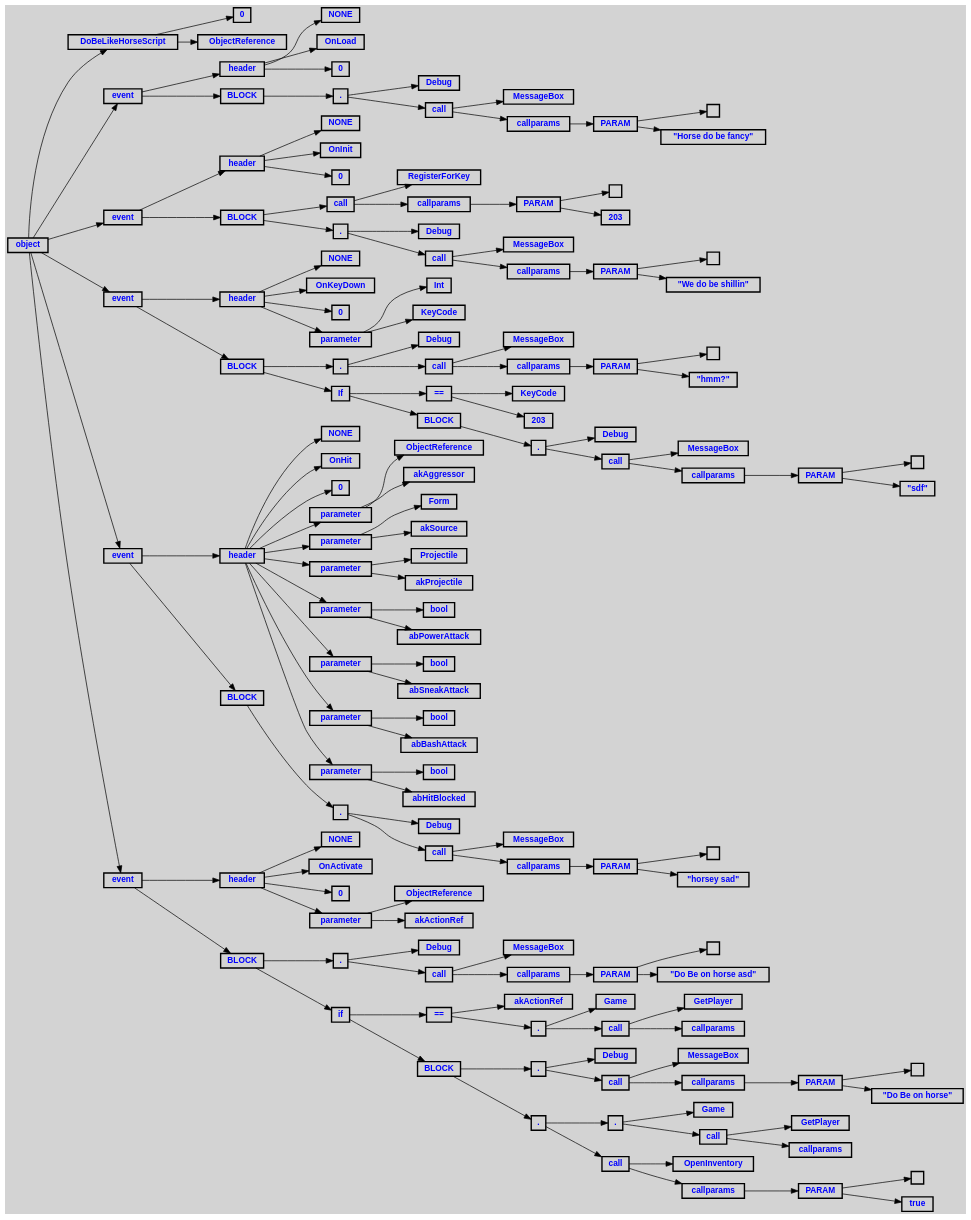
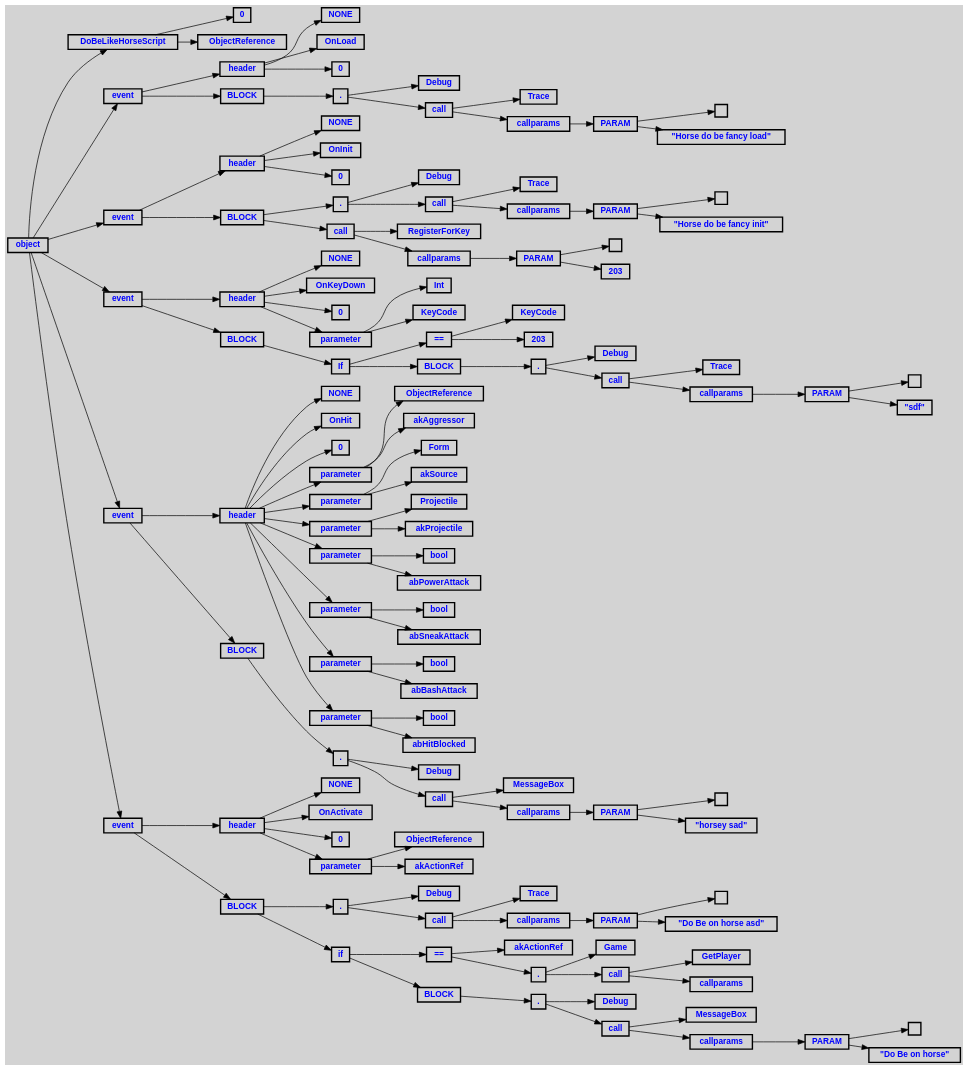
Before and after one commit to WladHD/CommonLibSSE-Sandbox: the diagram in DoBeLikeHorseScript.preTypeCheck.dot, drawn with Graphviz. The commit also changed 22 other files, not shown here.

Commit message:
Loading without Quest success -> ScriptName DoBeLikeHorseScript extends ObjectReference fails, OnHit doesnt trigger etc.

```diff
--- a/DoBeLikeHorseScript.preTypeCheck.dot
+++ b/DoBeLikeHorseScript.preTypeCheck.dot
@@ -24,13 +24,13 @@
  n11 [label="Debug"];
  n12 [label="call"];
  n12 [label="call"];
- n13 [label="MessageBox"];
+ n13 [label="Trace"];
  n14 [label="callparams"];
  n14 [label="callparams"];
  n15 [label="PARAM"];
  n15 [label="PARAM"];
  n16 [label=""];
- n17 [label="\"Horse do be fancy\""];
+ n17 [label="\"Horse do be fancy load\""];
  n18 [label="event"];
  n18 [label="event"];
  n19 [label="header"];
@@ -40,27 +40,27 @@
  n22 [label="0"];
  n23 [label="BLOCK"];
  n23 [label="BLOCK"];
- n24 [label="call"];
- n24 [label="call"];
- n25 [label="RegisterForKey"];
- n26 [label="callparams"];
- n26 [label="callparams"];
- n27 [label="PARAM"];
- n27 [label="PARAM"];
- n28 [label=""];
- n29 [label="203"];
- n30 [label="."];
- n30 [label="."];
- n31 [label="Debug"];
+ n24 [label="."];
+ n24 [label="."];
+ n25 [label="Debug"];
+ n26 [label="call"];
+ n26 [label="call"];
+ n27 [label="Trace"];
+ n28 [label="callparams"];
+ n28 [label="callparams"];
+ n29 [label="PARAM"];
+ n29 [label="PARAM"];
+ n30 [label=""];
+ n31 [label="\"Horse do be fancy init\""];
  n32 [label="call"];
  n32 [label="call"];
- n33 [label="MessageBox"];
+ n33 [label="RegisterForKey"];
  n34 [label="callparams"];
  n34 [label="callparams"];
  n35 [label="PARAM"];
  n35 [label="PARAM"];
  n36 [label=""];
- n37 [label="\"We do be shillin\""];
+ n37 [label="203"];
  n38 [label="event"];
  n38 [label="event"];
  n39 [label="header"];
@@ -74,156 +74,126 @@
  n45 [label="KeyCode"];
  n46 [label="BLOCK"];
  n46 [label="BLOCK"];
- n47 [label="."];
- n47 [label="."];
- n48 [label="Debug"];
- n49 [label="call"];
- n49 [label="call"];
- n50 [label="MessageBox"];
- n51 [label="callparams"];
- n51 [label="callparams"];
- n52 [label="PARAM"];
- n52 [label="PARAM"];
- n53 [label=""];
- n54 [label="\"hmm?\""];
- n55 [label="If"];
- n55 [label="If"];
- n56 [label="=="];
- n56 [label="=="];
- n57 [label="KeyCode"];
- n58 [label="203"];
- n59 [label="BLOCK"];
- n59 [label="BLOCK"];
- n60 [label="."];
- n60 [label="."];
- n61 [label="Debug"];
- n62 [label="call"];
- n62 [label="call"];
- n63 [label="MessageBox"];
- n64 [label="callparams"];
- n64 [label="callparams"];
- n65 [label="PARAM"];
- n65 [label="PARAM"];
- n66 [label=""];
- n67 [label="\"sdf\""];
- n68 [label="event"];
- n68 [label="event"];
- n69 [label="header"];
- n69 [label="header"];
- n70 [label="NONE"];
- n71 [label="OnHit"];
- n72 [label="0"];
- n73 [label="parameter"];
- n73 [label="parameter"];
- n74 [label="ObjectReference"];
- n75 [label="akAggressor"];
- n76 [label="parameter"];
- n76 [label="parameter"];
- n77 [label="Form"];
- n78 [label="akSource"];
- n79 [label="parameter"];
- n79 [label="parameter"];
- n80 [label="Projectile"];
- n81 [label="akProjectile"];
- n82 [label="parameter"];
- n82 [label="parameter"];
- n83 [label="bool"];
- n84 [label="abPowerAttack"];
- n85 [label="parameter"];
- n85 [label="parameter"];
- n86 [label="bool"];
- n87 [label="abSneakAttack"];
- n88 [label="parameter"];
- n88 [label="parameter"];
- n89 [label="bool"];
- n90 [label="abBashAttack"];
- n91 [label="parameter"];
- n91 [label="parameter"];
- n92 [label="bool"];
- n93 [label="abHitBlocked"];
- n94 [label="BLOCK"];
- n94 [label="BLOCK"];
- n95 [label="."];
- n95 [label="."];
- n96 [label="Debug"];
- n97 [label="call"];
- n97 [label="call"];
- n98 [label="MessageBox"];
- n99 [label="callparams"];
- n99 [label="callparams"];
- n100 [label="PARAM"];
- n100 [label="PARAM"];
- n101 [label=""];
- n102 [label="\"horsey sad\""];
- n103 [label="event"];
- n103 [label="event"];
- n104 [label="header"];
- n104 [label="header"];
- n105 [label="NONE"];
- n106 [label="OnActivate"];
- n107 [label="0"];
- n108 [label="parameter"];
- n108 [label="parameter"];
- n109 [label="ObjectReference"];
- n110 [label="akActionRef"];
- n111 [label="BLOCK"];
- n111 [label="BLOCK"];
- n112 [label="."];
- n112 [label="."];
- n113 [label="Debug"];
- n114 [label="call"];
- n114 [label="call"];
- n115 [label="MessageBox"];
- n116 [label="callparams"];
- n116 [label="callparams"];
- n117 [label="PARAM"];
- n117 [label="PARAM"];
- n118 [label=""];
- n119 [label="\"Do Be on horse asd\""];
- n120 [label="if"];
- n120 [label="if"];
- n121 [label="=="];
- n121 [label="=="];
- n122 [label="akActionRef"];
- n123 [label="."];
- n123 [label="."];
- n124 [label="Game"];
- n125 [label="call"];
- n125 [label="call"];
- n126 [label="GetPlayer"];
- n127 [label="callparams"];
- n128 [label="BLOCK"];
- n128 [label="BLOCK"];
- n129 [label="."];
- n129 [label="."];
- n130 [label="Debug"];
- n131 [label="call"];
- n131 [label="call"];
- n132 [label="MessageBox"];
- n133 [label="callparams"];
- n133 [label="callparams"];
- n134 [label="PARAM"];
- n134 [label="PARAM"];
- n135 [label=""];
- n136 [label="\"Do Be on horse\""];
- n137 [label="."];
- n137 [label="."];
- n138 [label="."];
- n138 [label="."];
- n139 [label="Game"];
- n140 [label="call"];
- n140 [label="call"];
- n141 [label="GetPlayer"];
- n142 [label="callparams"];
- n143 [label="call"];
- n143 [label="call"];
- n144 [label="OpenInventory"];
- n145 [label="callparams"];
- n145 [label="callparams"];
- n146 [label="PARAM"];
- n146 [label="PARAM"];
- n147 [label=""];
- n148 [label="true"];
+ n47 [label="If"];
+ n47 [label="If"];
+ n48 [label="=="];
+ n48 [label="=="];
+ n49 [label="KeyCode"];
+ n50 [label="203"];
+ n51 [label="BLOCK"];
+ n51 [label="BLOCK"];
+ n52 [label="."];
+ n52 [label="."];
+ n53 [label="Debug"];
+ n54 [label="call"];
+ n54 [label="call"];
+ n55 [label="Trace"];
+ n56 [label="callparams"];
+ n56 [label="callparams"];
+ n57 [label="PARAM"];
+ n57 [label="PARAM"];
+ n58 [label=""];
+ n59 [label="\"sdf\""];
+ n60 [label="event"];
+ n60 [label="event"];
+ n61 [label="header"];
+ n61 [label="header"];
+ n62 [label="NONE"];
+ n63 [label="OnHit"];
+ n64 [label="0"];
+ n65 [label="parameter"];
+ n65 [label="parameter"];
+ n66 [label="ObjectReference"];
+ n67 [label="akAggressor"];
+ n68 [label="parameter"];
+ n68 [label="parameter"];
+ n69 [label="Form"];
+ n70 [label="akSource"];
+ n71 [label="parameter"];
+ n71 [label="parameter"];
+ n72 [label="Projectile"];
+ n73 [label="akProjectile"];
+ n74 [label="parameter"];
+ n74 [label="parameter"];
+ n75 [label="bool"];
+ n76 [label="abPowerAttack"];
+ n77 [label="parameter"];
+ n77 [label="parameter"];
+ n78 [label="bool"];
+ n79 [label="abSneakAttack"];
+ n80 [label="parameter"];
+ n80 [label="parameter"];
+ n81 [label="bool"];
+ n82 [label="abBashAttack"];
+ n83 [label="parameter"];
+ n83 [label="parameter"];
+ n84 [label="bool"];
+ n85 [label="abHitBlocked"];
+ n86 [label="BLOCK"];
+ n86 [label="BLOCK"];
+ n87 [label="."];
+ n87 [label="."];
+ n88 [label="Debug"];
+ n89 [label="call"];
+ n89 [label="call"];
+ n90 [label="MessageBox"];
+ n91 [label="callparams"];
+ n91 [label="callparams"];
+ n92 [label="PARAM"];
+ n92 [label="PARAM"];
+ n93 [label=""];
+ n94 [label="\"horsey sad\""];
+ n95 [label="event"];
+ n95 [label="event"];
+ n96 [label="header"];
+ n96 [label="header"];
+ n97 [label="NONE"];
+ n98 [label="OnActivate"];
+ n99 [label="0"];
+ n100 [label="parameter"];
+ n100 [label="parameter"];
+ n101 [label="ObjectReference"];
+ n102 [label="akActionRef"];
+ n103 [label="BLOCK"];
+ n103 [label="BLOCK"];
+ n104 [label="."];
+ n104 [label="."];
+ n105 [label="Debug"];
+ n106 [label="call"];
+ n106 [label="call"];
+ n107 [label="Trace"];
+ n108 [label="callparams"];
+ n108 [label="callparams"];
+ n109 [label="PARAM"];
+ n109 [label="PARAM"];
+ n110 [label=""];
+ n111 [label="\"Do Be on horse asd\""];
+ n112 [label="if"];
+ n112 [label="if"];
+ n113 [label="=="];
+ n113 [label="=="];
+ n114 [label="akActionRef"];
+ n115 [label="."];
+ n115 [label="."];
+ n116 [label="Game"];
+ n117 [label="call"];
+ n117 [label="call"];
+ n118 [label="GetPlayer"];
+ n119 [label="callparams"];
+ n120 [label="BLOCK"];
+ n120 [label="BLOCK"];
+ n121 [label="."];
+ n121 [label="."];
+ n122 [label="Debug"];
+ n123 [label="call"];
+ n123 [label="call"];
+ n124 [label="MessageBox"];
+ n125 [label="callparams"];
+ n125 [label="callparams"];
+ n126 [label="PARAM"];
+ n126 [label="PARAM"];
+ n127 [label=""];
+ n128 [label="\"Do Be on horse\""];
 
  n0 -> n1 // "object" -> "DoBeLikeHorseScript"
  n1 -> n2 // "DoBeLikeHorseScript" -> "0"
@@ -237,31 +207,31 @@
  n9 -> n10 // "BLOCK" -> "."
  n10 -> n11 // "." -> "Debug"
  n10 -> n12 // "." -> "call"
- n12 -> n13 // "call" -> "MessageBox"
+ n12 -> n13 // "call" -> "Trace"
  n12 -> n14 // "call" -> "callparams"
  n14 -> n15 // "callparams" -> "PARAM"
  n15 -> n16 // "PARAM" -> ""
- n15 -> n17 // "PARAM" -> ""Horse do be fancy""
+ n15 -> n17 // "PARAM" -> ""Horse do be fancy load""
  n0 -> n18 // "object" -> "event"
  n18 -> n19 // "event" -> "header"
  n19 -> n20 // "header" -> "NONE"
  n19 -> n21 // "header" -> "OnInit"
  n19 -> n22 // "header" -> "0"
  n18 -> n23 // "event" -> "BLOCK"
- n23 -> n24 // "BLOCK" -> "call"
- n24 -> n25 // "call" -> "RegisterForKey"
- n24 -> n26 // "call" -> "callparams"
- n26 -> n27 // "callparams" -> "PARAM"
- n27 -> n28 // "PARAM" -> ""
- n27 -> n29 // "PARAM" -> "203"
- n23 -> n30 // "BLOCK" -> "."
- n30 -> n31 // "." -> "Debug"
- n30 -> n32 // "." -> "call"
- n32 -> n33 // "call" -> "MessageBox"
+ n23 -> n24 // "BLOCK" -> "."
+ n24 -> n25 // "." -> "Debug"
+ n24 -> n26 // "." -> "call"
+ n26 -> n27 // "call" -> "Trace"
+ n26 -> n28 // "call" -> "callparams"
+ n28 -> n29 // "callparams" -> "PARAM"
+ n29 -> n30 // "PARAM" -> ""
+ n29 -> n31 // "PARAM" -> ""Horse do be fancy init""
+ n23 -> n32 // "BLOCK" -> "call"
+ n32 -> n33 // "call" -> "RegisterForKey"
  n32 -> n34 // "call" -> "callparams"
  n34 -> n35 // "callparams" -> "PARAM"
  n35 -> n36 // "PARAM" -> ""
- n35 -> n37 // "PARAM" -> ""We do be shillin""
+ n35 -> n37 // "PARAM" -> "203"
  n0 -> n38 // "object" -> "event"
  n38 -> n39 // "event" -> "header"
  n39 -> n40 // "header" -> "NONE"
@@ -271,107 +241,87 @@
  n43 -> n44 // "parameter" -> "Int"
  n43 -> n45 // "parameter" -> "KeyCode"
  n38 -> n46 // "event" -> "BLOCK"
- n46 -> n47 // "BLOCK" -> "."
- n47 -> n48 // "." -> "Debug"
- n47 -> n49 // "." -> "call"
- n49 -> n50 // "call" -> "MessageBox"
- n49 -> n51 // "call" -> "callparams"
- n51 -> n52 // "callparams" -> "PARAM"
- n52 -> n53 // "PARAM" -> ""
- n52 -> n54 // "PARAM" -> ""hmm?""
- n46 -> n55 // "BLOCK" -> "If"
- n55 -> n56 // "If" -> "=="
- n56 -> n57 // "==" -> "KeyCode"
- n56 -> n58 // "==" -> "203"
- n55 -> n59 // "If" -> "BLOCK"
- n59 -> n60 // "BLOCK" -> "."
- n60 -> n61 // "." -> "Debug"
- n60 -> n62 // "." -> "call"
- n62 -> n63 // "call" -> "MessageBox"
- n62 -> n64 // "call" -> "callparams"
- n64 -> n65 // "callparams" -> "PARAM"
- n65 -> n66 // "PARAM" -> ""
- n65 -> n67 // "PARAM" -> ""sdf""
- n0 -> n68 // "object" -> "event"
- n68 -> n69 // "event" -> "header"
- n69 -> n70 // "header" -> "NONE"
- n69 -> n71 // "header" -> "OnHit"
- n69 -> n72 // "header" -> "0"
- n69 -> n73 // "header" -> "parameter"
- n73 -> n74 // "parameter" -> "ObjectReference"
- n73 -> n75 // "parameter" -> "akAggressor"
- n69 -> n76 // "header" -> "parameter"
- n76 -> n77 // "parameter" -> "Form"
- n76 -> n78 // "parameter" -> "akSource"
- n69 -> n79 // "header" -> "parameter"
- n79 -> n80 // "parameter" -> "Projectile"
- n79 -> n81 // "parameter" -> "akProjectile"
- n69 -> n82 // "header" -> "parameter"
- n82 -> n83 // "parameter" -> "bool"
- n82 -> n84 // "parameter" -> "abPowerAttack"
- n69 -> n85 // "header" -> "parameter"
- n85 -> n86 // "parameter" -> "bool"
- n85 -> n87 // "parameter" -> "abSneakAttack"
- n69 -> n88 // "header" -> "parameter"
- n88 -> n89 // "parameter" -> "bool"
- n88 -> n90 // "parameter" -> "abBashAttack"
- n69 -> n91 // "header" -> "parameter"
- n91 -> n92 // "parameter" -> "bool"
- n91 -> n93 // "parameter" -> "abHitBlocked"
- n68 -> n94 // "event" -> "BLOCK"
- n94 -> n95 // "BLOCK" -> "."
- n95 -> n96 // "." -> "Debug"
- n95 -> n97 // "." -> "call"
- n97 -> n98 // "call" -> "MessageBox"
- n97 -> n99 // "call" -> "callparams"
- n99 -> n100 // "callparams" -> "PARAM"
- n100 -> n101 // "PARAM" -> ""
- n100 -> n102 // "PARAM" -> ""horsey sad""
- n0 -> n103 // "object" -> "event"
- n103 -> n104 // "event" -> "header"
- n104 -> n105 // "header" -> "NONE"
- n104 -> n106 // "header" -> "OnActivate"
- n104 -> n107 // "header" -> "0"
- n104 -> n108 // "header" -> "parameter"
- n108 -> n109 // "parameter" -> "ObjectReference"
- n108 -> n110 // "parameter" -> "akActionRef"
- n103 -> n111 // "event" -> "BLOCK"
- n111 -> n112 // "BLOCK" -> "."
- n112 -> n113 // "." -> "Debug"
- n112 -> n114 // "." -> "call"
- n114 -> n115 // "call" -> "MessageBox"
- n114 -> n116 // "call" -> "callparams"
- n116 -> n117 // "callparams" -> "PARAM"
- n117 -> n118 // "PARAM" -> ""
- n117 -> n119 // "PARAM" -> ""Do Be on horse asd""
- n111 -> n120 // "BLOCK" -> "if"
- n120 -> n121 // "if" -> "=="
- n121 -> n122 // "==" -> "akActionRef"
- n121 -> n123 // "==" -> "."
- n123 -> n124 // "." -> "Game"
- n123 -> n125 // "." -> "call"
- n125 -> n126 // "call" -> "GetPlayer"
- n125 -> n127 // "call" -> "callparams"
- n120 -> n128 // "if" -> "BLOCK"
- n128 -> n129 // "BLOCK" -> "."
- n129 -> n130 // "." -> "Debug"
- n129 -> n131 // "." -> "call"
- n131 -> n132 // "call" -> "MessageBox"
- n131 -> n133 // "call" -> "callparams"
- n133 -> n134 // "callparams" -> "PARAM"
- n134 -> n135 // "PARAM" -> ""
- n134 -> n136 // "PARAM" -> ""Do Be on horse""
- n128 -> n137 // "BLOCK" -> "."
- n137 -> n138 // "." -> "."
- n138 -> n139 // "." -> "Game"
- n138 -> n140 // "." -> "call"
- n140 -> n141 // "call" -> "GetPlayer"
- n140 -> n142 // "call" -> "callparams"
- n137 -> n143 // "." -> "call"
- n143 -> n144 // "call" -> "OpenInventory"
- n143 -> n145 // "call" -> "callparams"
- n145 -> n146 // "callparams" -> "PARAM"
- n146 -> n147 // "PARAM" -> ""
- n146 -> n148 // "PARAM" -> "true"
+ n46 -> n47 // "BLOCK" -> "If"
+ n47 -> n48 // "If" -> "=="
+ n48 -> n49 // "==" -> "KeyCode"
+ n48 -> n50 // "==" -> "203"
+ n47 -> n51 // "If" -> "BLOCK"
+ n51 -> n52 // "BLOCK" -> "."
+ n52 -> n53 // "." -> "Debug"
+ n52 -> n54 // "." -> "call"
+ n54 -> n55 // "call" -> "Trace"
+ n54 -> n56 // "call" -> "callparams"
+ n56 -> n57 // "callparams" -> "PARAM"
+ n57 -> n58 // "PARAM" -> ""
+ n57 -> n59 // "PARAM" -> ""sdf""
+ n0 -> n60 // "object" -> "event"
+ n60 -> n61 // "event" -> "header"
+ n61 -> n62 // "header" -> "NONE"
+ n61 -> n63 // "header" -> "OnHit"
+ n61 -> n64 // "header" -> "0"
+ n61 -> n65 // "header" -> "parameter"
+ n65 -> n66 // "parameter" -> "ObjectReference"
+ n65 -> n67 // "parameter" -> "akAggressor"
+ n61 -> n68 // "header" -> "parameter"
+ n68 -> n69 // "parameter" -> "Form"
+ n68 -> n70 // "parameter" -> "akSource"
+ n61 -> n71 // "header" -> "parameter"
+ n71 -> n72 // "parameter" -> "Projectile"
+ n71 -> n73 // "parameter" -> "akProjectile"
+ n61 -> n74 // "header" -> "parameter"
+ n74 -> n75 // "parameter" -> "bool"
+ n74 -> n76 // "parameter" -> "abPowerAttack"
+ n61 -> n77 // "header" -> "parameter"
+ n77 -> n78 // "parameter" -> "bool"
+ n77 -> n79 // "parameter" -> "abSneakAttack"
+ n61 -> n80 // "header" -> "parameter"
+ n80 -> n81 // "parameter" -> "bool"
+ n80 -> n82 // "parameter" -> "abBashAttack"
+ n61 -> n83 // "header" -> "parameter"
+ n83 -> n84 // "parameter" -> "bool"
+ n83 -> n85 // "parameter" -> "abHitBlocked"
+ n60 -> n86 // "event" -> "BLOCK"
+ n86 -> n87 // "BLOCK" -> "."
+ n87 -> n88 // "." -> "Debug"
+ n87 -> n89 // "." -> "call"
+ n89 -> n90 // "call" -> "MessageBox"
+ n89 -> n91 // "call" -> "callparams"
+ n91 -> n92 // "callparams" -> "PARAM"
+ n92 -> n93 // "PARAM" -> ""
+ n92 -> n94 // "PARAM" -> ""horsey sad""
+ n0 -> n95 // "object" -> "event"
+ n95 -> n96 // "event" -> "header"
+ n96 -> n97 // "header" -> "NONE"
+ n96 -> n98 // "header" -> "OnActivate"
+ n96 -> n99 // "header" -> "0"
+ n96 -> n100 // "header" -> "parameter"
+ n100 -> n101 // "parameter" -> "ObjectReference"
+ n100 -> n102 // "parameter" -> "akActionRef"
+ n95 -> n103 // "event" -> "BLOCK"
+ n103 -> n104 // "BLOCK" -> "."
+ n104 -> n105 // "." -> "Debug"
+ n104 -> n106 // "." -> "call"
+ n106 -> n107 // "call" -> "Trace"
+ n106 -> n108 // "call" -> "callparams"
+ n108 -> n109 // "callparams" -> "PARAM"
+ n109 -> n110 // "PARAM" -> ""
+ n109 -> n111 // "PARAM" -> ""Do Be on horse asd""
+ n103 -> n112 // "BLOCK" -> "if"
+ n112 -> n113 // "if" -> "=="
+ n113 -> n114 // "==" -> "akActionRef"
+ n113 -> n115 // "==" -> "."
+ n115 -> n116 // "." -> "Game"
+ n115 -> n117 // "." -> "call"
+ n117 -> n118 // "call" -> "GetPlayer"
+ n117 -> n119 // "call" -> "callparams"
+ n112 -> n120 // "if" -> "BLOCK"
+ n120 -> n121 // "BLOCK" -> "."
+ n121 -> n122 // "." -> "Debug"
+ n121 -> n123 // "." -> "call"
+ n123 -> n124 // "call" -> "MessageBox"
+ n123 -> n125 // "call" -> "callparams"
+ n125 -> n126 // "callparams" -> "PARAM"
+ n126 -> n127 // "PARAM" -> ""
+ n126 -> n128 // "PARAM" -> ""Do Be on horse""
 
 }
```
